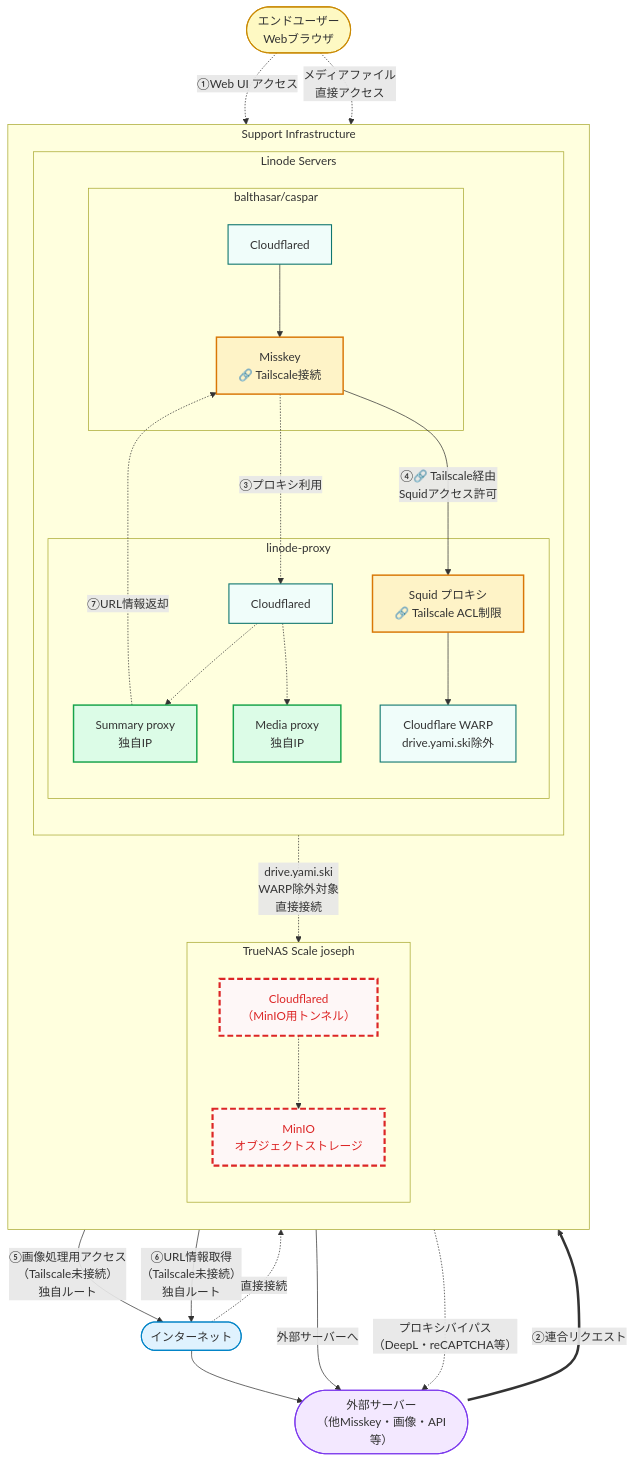
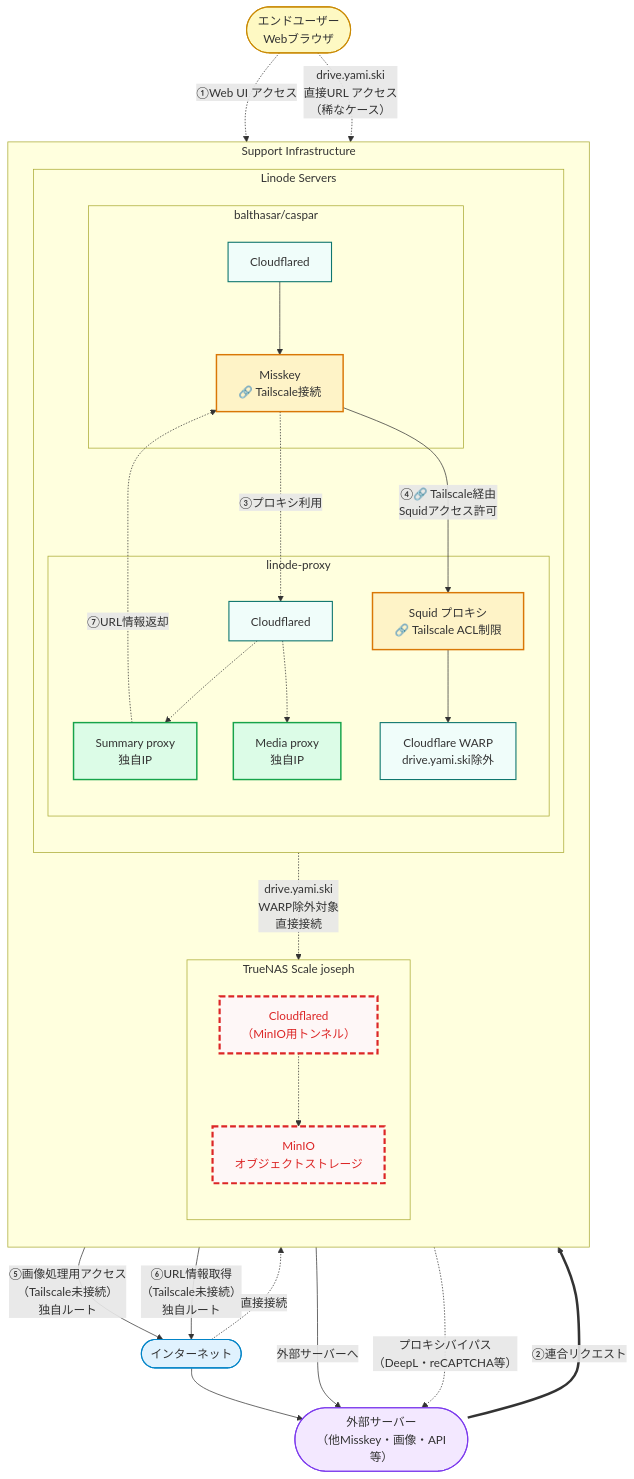
Before and after one commit to yamisskey-dev/hosted-list: the fifth of 5 diagrams in README.md, drawn with Mermaid.

````diff
--- a/README.md
+++ b/README.md
@@ -444,81 +444,81 @@
 ```mermaid
 graph TB
 classDef homeServer fill:#e2e8f0,stroke:#334155,stroke-width:2px
 classDef service fill:#f8fafc,stroke:#64748b,stroke-width:1px
 classDef security fill:#fee2e2,stroke:#991b1b,stroke-width:1px
 classDef cloudflare fill:#f0fdfa,stroke:#0f766e,stroke-width:1.5px
 classDef internet fill:#e0f2fe,stroke:#0284c7,stroke-width:1.5px
 classDef user fill:#fef9c3,stroke:#ca8a04,stroke-width:1.5px
 classDef federation fill:#f3e8ff,stroke:#7c3aed,stroke-width:1.5px
 classDef excludeHome fill:#fef7f7,stroke:#dc2626,stroke-width:3px,stroke-dasharray: 8 4,color:#dc2626
 classDef direct fill:#dcfce7,stroke:#16a34a,stroke-width:2px
 classDef tailscale fill:#fef3c7,stroke:#d97706,stroke-width:2px
 
 %% External actors
 enduser([エンドユーザー<br/>Webブラウザ]):::user
 external_servers([外部サーバー<br/>（他Misskey・画像・API等）]):::federation
 internet([インターネット]):::internet
 
 subgraph support[Support Infrastructure]
     direction TB
     
     subgraph linode[Linode Servers]
         direction TB
         subgraph proxy[linode-proxy]
             summaryproxy[Summary proxy<br/>独自IP]:::direct
             mediaproxy[Media proxy<br/>独自IP]:::direct
             squid[Squid プロキシ<br/>🔗 Tailscale ACL制限]:::tailscale
             warp[Cloudflare WARP<br/>drive.yami.ski除外]:::cloudflare
             cloudflared_p[Cloudflared]:::cloudflare
         end
         
         subgraph balthasar_caspar[balthasar/caspar]
             yamisskey[Misskey<br/>🔗 Tailscale接続]:::tailscale
             cloudflared_bc[Cloudflared]:::cloudflare
         end
     end
     
     subgraph truenas[TrueNAS Scale joseph]
         direction TB
         minio[MinIO<br/>オブジェクトストレージ]:::excludeHome
         cloudflared_home[Cloudflared<br/>（MinIO用トンネル）]:::excludeHome
     end
 end
 
 %% エンドユーザーのアクセス経路
 enduser -.->|"①Web UI アクセス"| cloudflared_bc
 cloudflared_bc --> yamisskey
 
 %% 外部サーバーからの連合リクエスト
 external_servers ==>|"②連合リクエスト"| cloudflared_bc
 
 %% Misskeyサーバーからプロキシへの内部リクエスト
 yamisskey -.->|"③プロキシ利用"| cloudflared_p
 cloudflared_p -.-> summaryproxy
 cloudflared_p -.-> mediaproxy
 
 %% === Misskeyのみ Tailscale経由でSquid使用 ===
 yamisskey -->|"④🔗 Tailscale経由<br/>Squidアクセス許可"| squid
 squid --> warp
 
 %% WARPからの分岐
 warp -->|"外部サーバーへ"| external_servers
 warp -.->|"drive.yami.ski<br/>WARP除外対象<br/>直接接続"| cloudflared_home
 cloudflared_home -.-> minio
 
 %% === MediaProxy・SummaryProxyは独自ルート（Tailscale未接続） ===
 mediaproxy -->|"⑤画像処理用アクセス<br/>（Tailscale未接続）<br/>独自ルート"| internet
 summaryproxy -->|"⑥URL情報取得<br/>（Tailscale未接続）<br/>独自ルート"| internet
 
 internet --> external_servers
 internet -.->|"直接接続"| cloudflared_home
 
 %% プロキシバイパス対象（DeepL等）
 yamisskey -.->|"プロキシバイパス<br/>（DeepL・reCAPTCHA等）"| external_servers
 
 %% サマリープロキシからMisskeyへの情報返却
 summaryproxy -.->|"⑦URL情報返却"| yamisskey
 
-%% エンドユーザーからのメディアアクセス
-enduser -.->|"メディアファイル<br/>直接アクセス"| cloudflared_home
+%% 直接URLアクセス（稀なケース）
+enduser -.->|"drive.yami.ski<br/>直接URL アクセス<br/>（稀なケース）"| cloudflared_home
 ```
````
